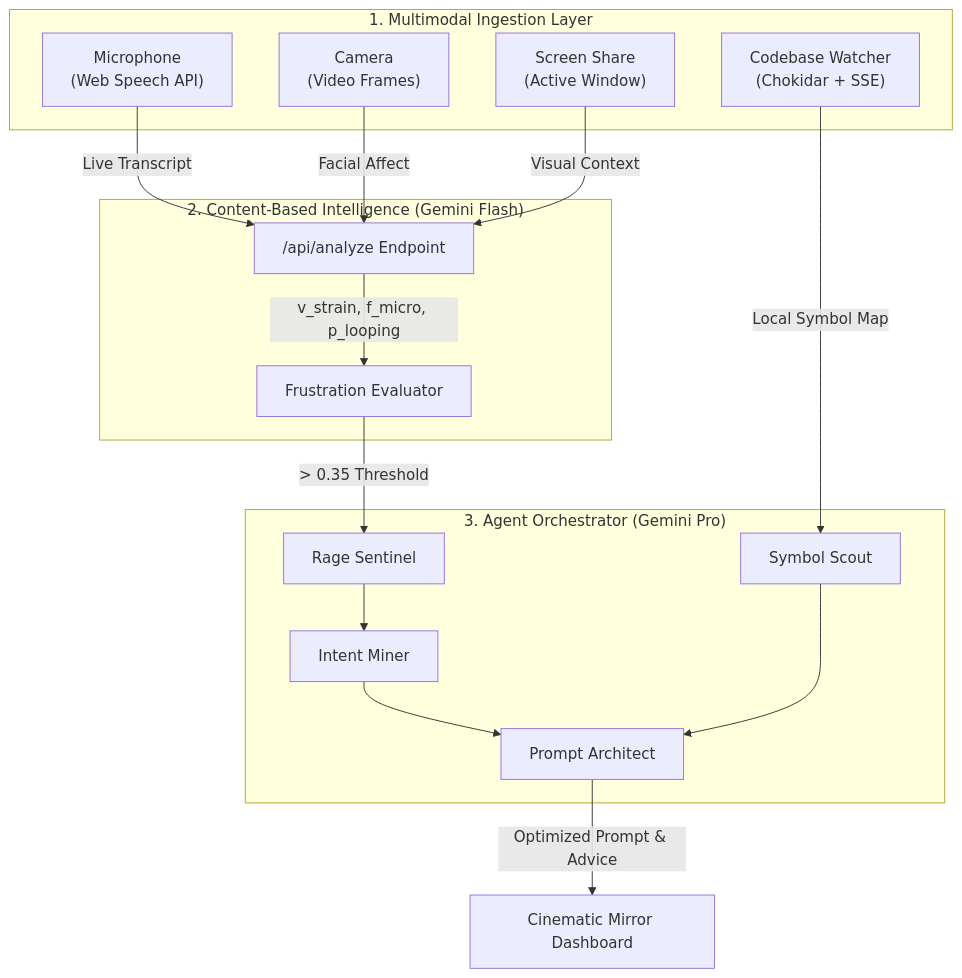
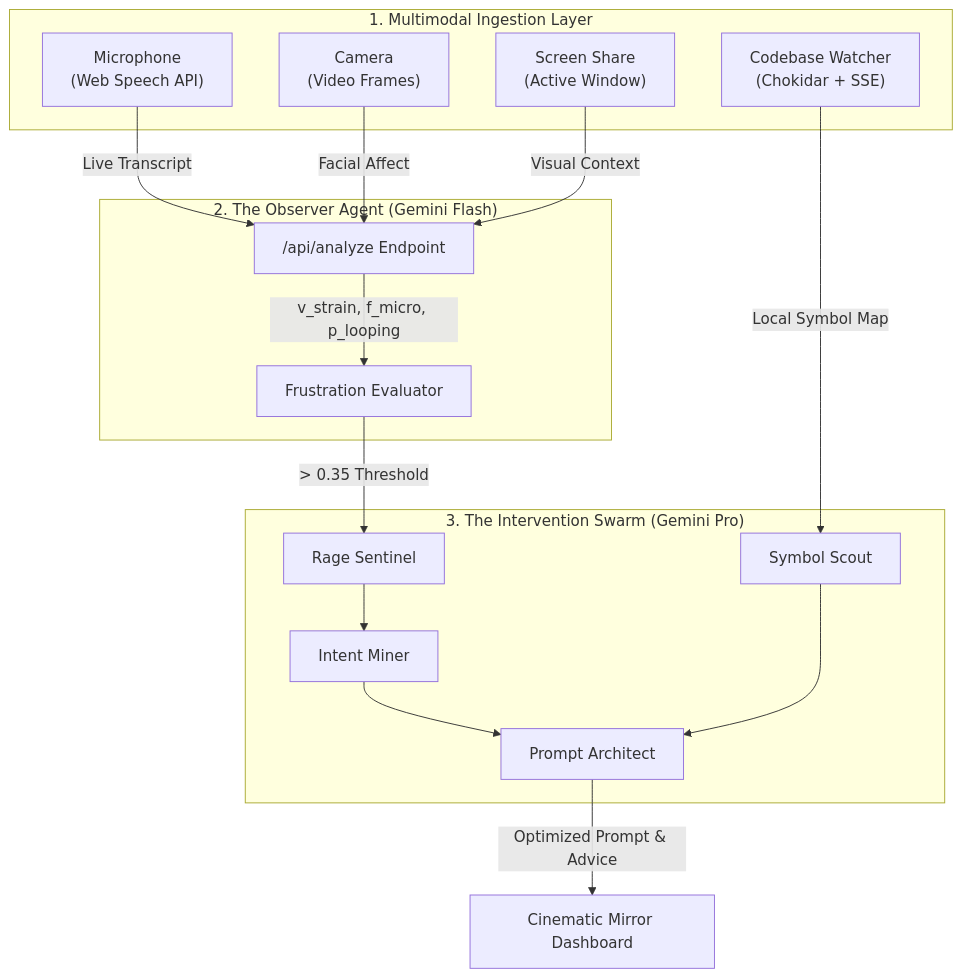
Before and after one commit to v1-nce/baitrage: the diagram in README.md, drawn with Mermaid. The commit also changed other lines of this file, not shown here.

````diff
--- a/README.md
+++ b/README.md
@@ -65,39 +65,39 @@
 ```mermaid
 graph TD
     %% Ingestion Layer
     subgraph Ingestion["1. Multimodal Ingestion Layer"]
         Mic["Microphone\n(Web Speech API)"]
         Cam["Camera\n(Video Frames)"]
         Screen["Screen Share\n(Active Window)"]
         FS["Codebase Watcher\n(Chokidar + SSE)"]
     end
 
     %% Intelligence Layer
-    subgraph Intelligence["2. Content-Based Intelligence (Gemini Flash)"]
+    subgraph Intelligence["2. The Observer Agent (Gemini Flash)"]
         Analyze["/api/analyze Endpoint"]
         Mic -->|Live Transcript| Analyze
         Cam -->|Facial Affect| Analyze
         Screen -->|Visual Context| Analyze
         
         Eval["Frustration Evaluator"]
         Analyze -->|v_strain, f_micro, p_looping| Eval
     end
 
     %% Orchestrator Layer
-    subgraph Orchestration["3. Agent Orchestrator (Gemini Pro)"]
+    subgraph Orchestration["3. The Intervention Swarm (Gemini Pro)"]
         Sentinel["Rage Sentinel"]
         Miner["Intent Miner"]
         Scout["Symbol Scout"]
         Architect["Prompt Architect"]
 
         Eval -->|> 0.35 Threshold| Sentinel
         Sentinel --> Miner
         FS -->|Local Symbol Map| Scout
         Miner --> Architect
         Scout --> Architect
     end
 
     %% UI Output
     UI["Cinematic Mirror Dashboard"]
     Architect -->|Optimized Prompt & Advice| UI
 ```
````
